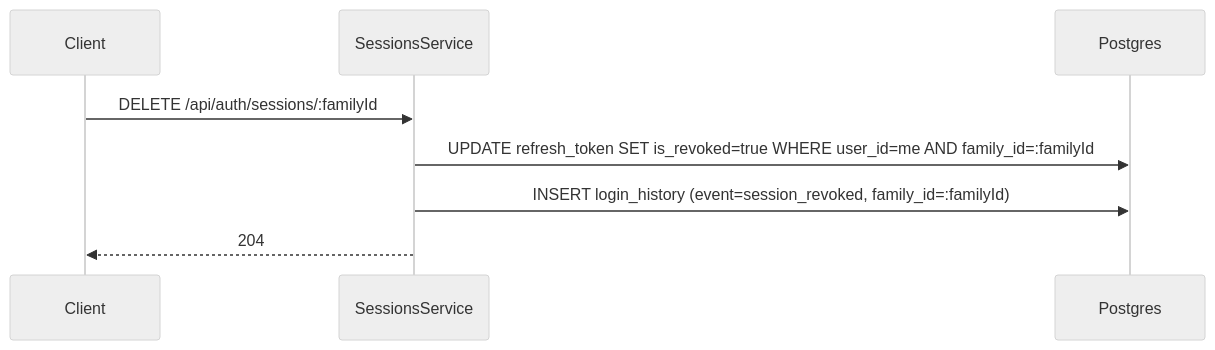
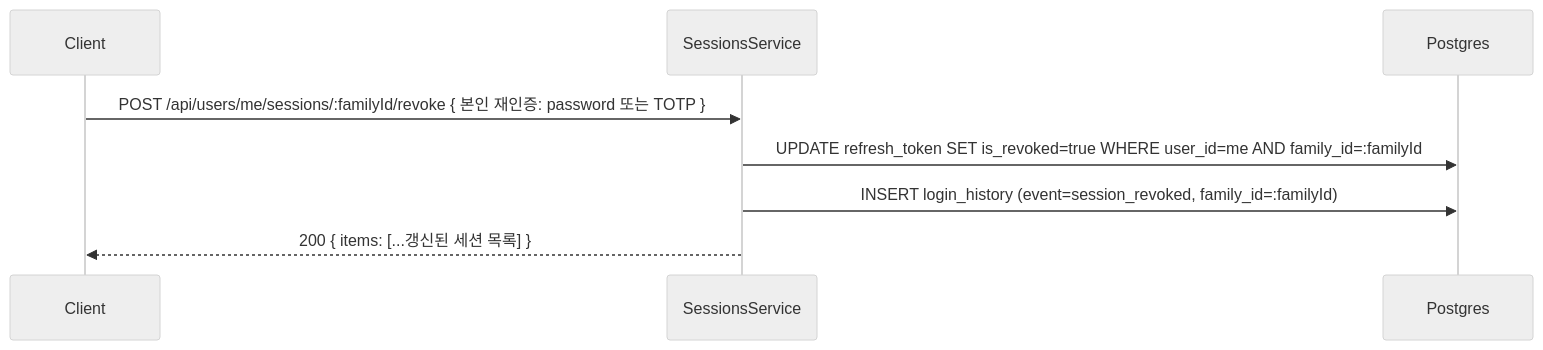
The fifth of 6 diagrams in spec/data-flow/2-auth.md (worker-ants/clemvion), drawn with Mermaid (neutral theme) before and after one commit. The commit also changed other lines of this file and 186 other files, not shown here.

````diff
--- a/spec/data-flow/2-auth.md
+++ b/spec/data-flow/2-auth.md
@@ -157,10 +162,10 @@
 ```mermaid
 sequenceDiagram
   participant C as Client
   participant Svc as SessionsService
   participant PG as Postgres
-  C->>Svc: DELETE /api/auth/sessions/:familyId
+  C->>Svc: POST /api/users/me/sessions/:familyId/revoke { 본인 재인증: password 또는 TOTP }
   Svc->>PG: UPDATE refresh_token SET is_revoked=true WHERE user_id=me AND family_id=:familyId
   Svc->>PG: INSERT login_history (event=session_revoked, family_id=:familyId)
-  Svc-->>C: 204
+  Svc-->>C: 200 { items: [...갱신된 세션 목록] }
 ```
````
